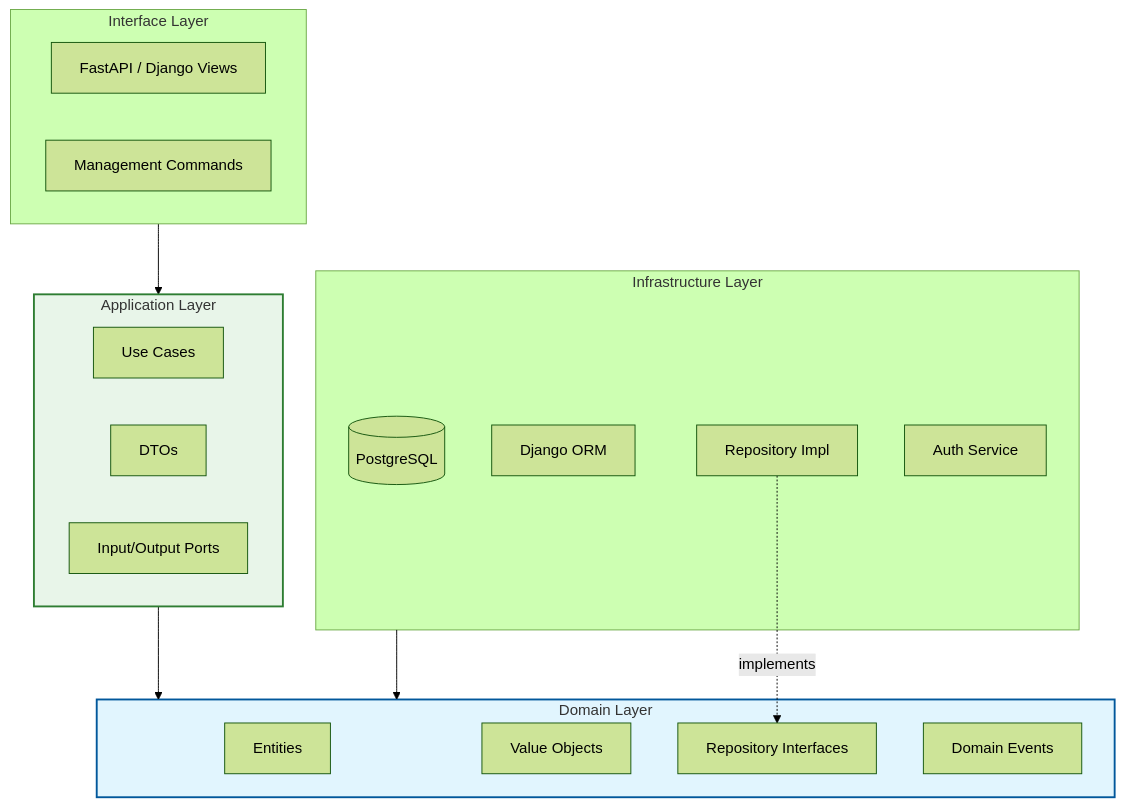
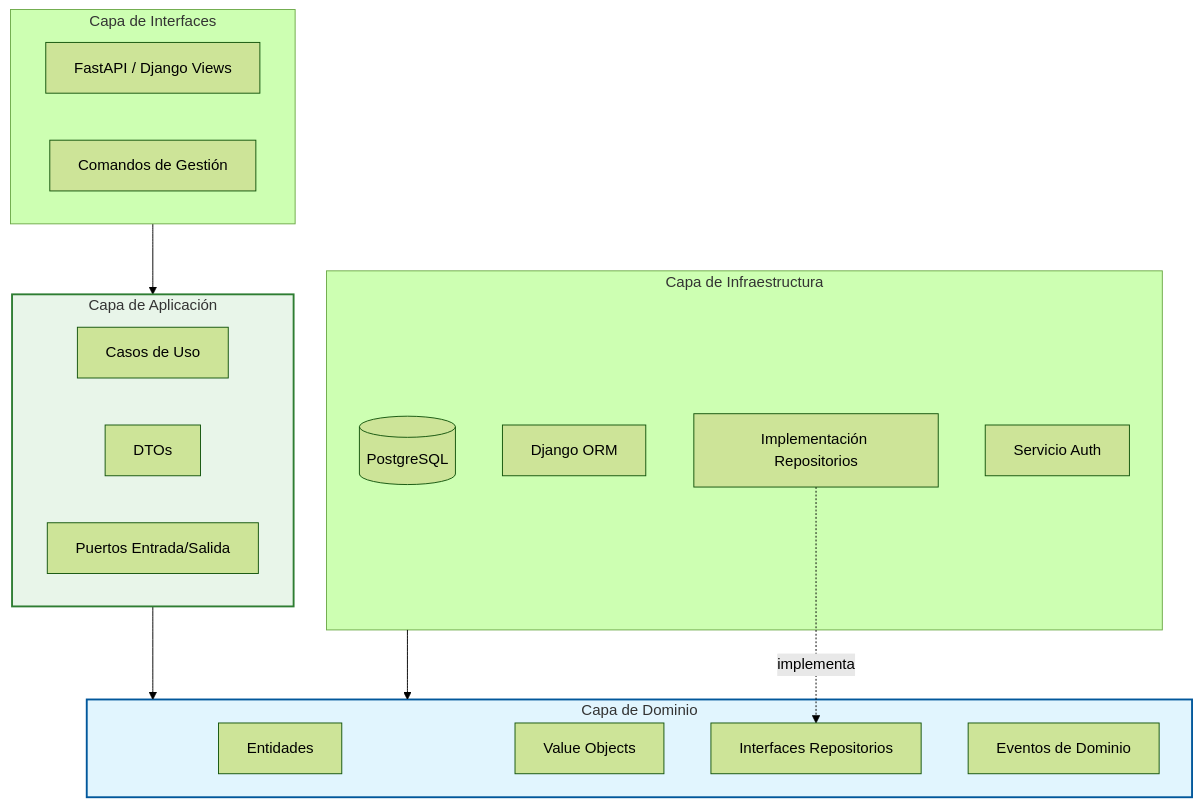
Before and after one commit to Yoiser16/e-comerce: the diagram in README.md, drawn with Mermaid (forest theme). The commit also changed other lines of this file, not shown here.

````diff
--- a/README.md
+++ b/README.md
@@ -29,35 +42,35 @@
 ```mermaid
 graph TD
-    subgraph Infrastructure [Infrastructure Layer]
+    subgraph Infrastructure [Capa de Infraestructura]
         DB[(PostgreSQL)]
         ORM[Django ORM]
-        RepoImpl[Repository Impl]
-        Auth[Auth Service]
+        RepoImpl[Implementación Repositorios]
+        Auth[Servicio Auth]
     end
 
-    subgraph Interfaces [Interface Layer]
+    subgraph Interfaces [Capa de Interfaces]
         API[FastAPI / Django Views]
-        CLI[Management Commands]
+        CLI[Comandos de Gestión]
     end
 
-    subgraph Application [Application Layer]
-        UC[Use Cases]
+    subgraph Application [Capa de Aplicación]
+        UC[Casos de Uso]
         DTO[DTOs]
-        Ports[Input/Output Ports]
+        Ports[Puertos Entrada/Salida]
     end
 
-    subgraph Domain [Domain Layer]
-        Entity[Entities]
+    subgraph Domain [Capa de Dominio]
+        Entity[Entidades]
         VO[Value Objects]
-        RepoInt[Repository Interfaces]
-        Events[Domain Events]
+        RepoInt[Interfaces Repositorios]
+        Events[Eventos de Dominio]
     end
 
     Interfaces --> Application
     Infrastructure --> Domain
     Application --> Domain
-    RepoImpl -. implements .-> RepoInt
+    RepoImpl -. implementa .-> RepoInt
     
     style Domain fill:#e1f5fe,stroke:#01579b,stroke-width:2px
     style Application fill:#e8f5e9,stroke:#2e7d32,stroke-width:2px
 ```
````
